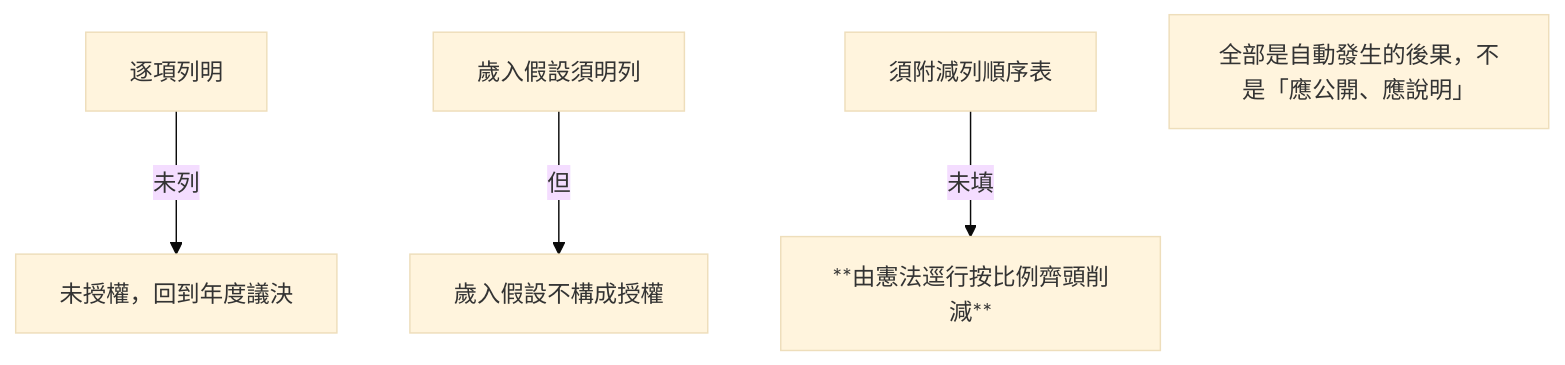
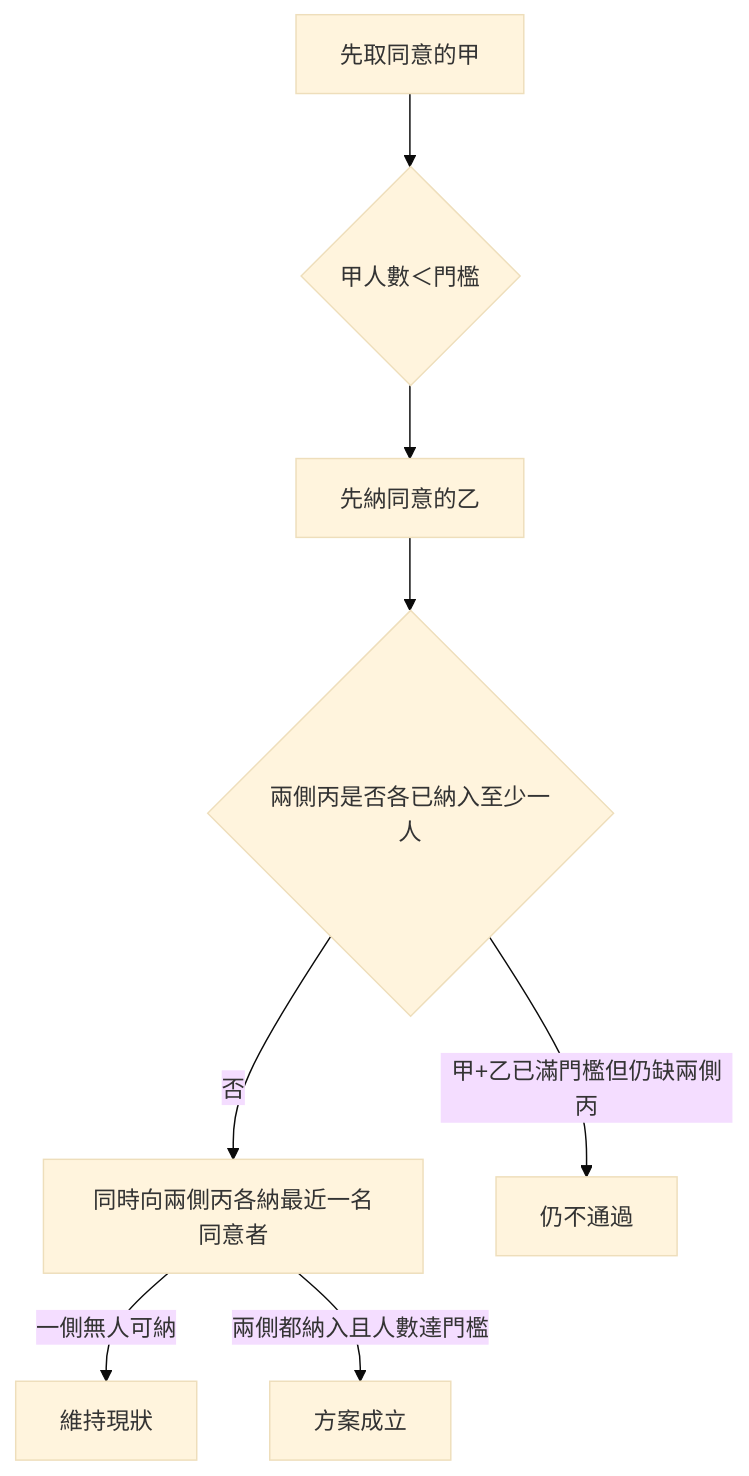
Before and after one commit to IRonROOT578/Political-Economy-Research-Public: the eighth of 10 diagrams in topics/regime-designs/designs/台灣/一院總統制-測試/憲政架構圖.md, drawn with Mermaid (base theme). The commit also changed other lines of this file and 128 other files, not shown here.

````diff
--- a/topics/regime-designs/designs/台灣/一院總統制-測試/憲政架構圖.md
+++ b/topics/regime-designs/designs/台灣/一院總統制-測試/憲政架構圖.md
@@ -34,7 +114,10 @@
 ```mermaid
 flowchart TD
-  R1[逐項列明] -->|未列| C1[未授權，回到年度議決]
-  R2[歲入假設須明列] -->|但| C2[歲入假設不構成授權]
-  R3[須附減列順序表] -->|未填| C3[**由憲法逕行按比例齊頭削減**]
-  Note[全部是自動發生的後果，不是「應公開、應說明」]
+  Start[先取同意的甲] --> Mid{甲人數＜門檻}
+  Mid --> Yi[先納同意的乙]
+  Yi --> Both{兩側丙是否各已納入至少一人}
+  Both -->|否| Wing[同時向兩側丙各納最近一名同意者]
+  Wing -->|一側無人可納| Keep[維持現狀]
+  Both -->|甲+乙已滿門檻但仍缺兩側丙| Keep2[仍不通過]
+  Wing -->|兩側都納入且人數達門檻| Pass[方案成立]
 ```
````
